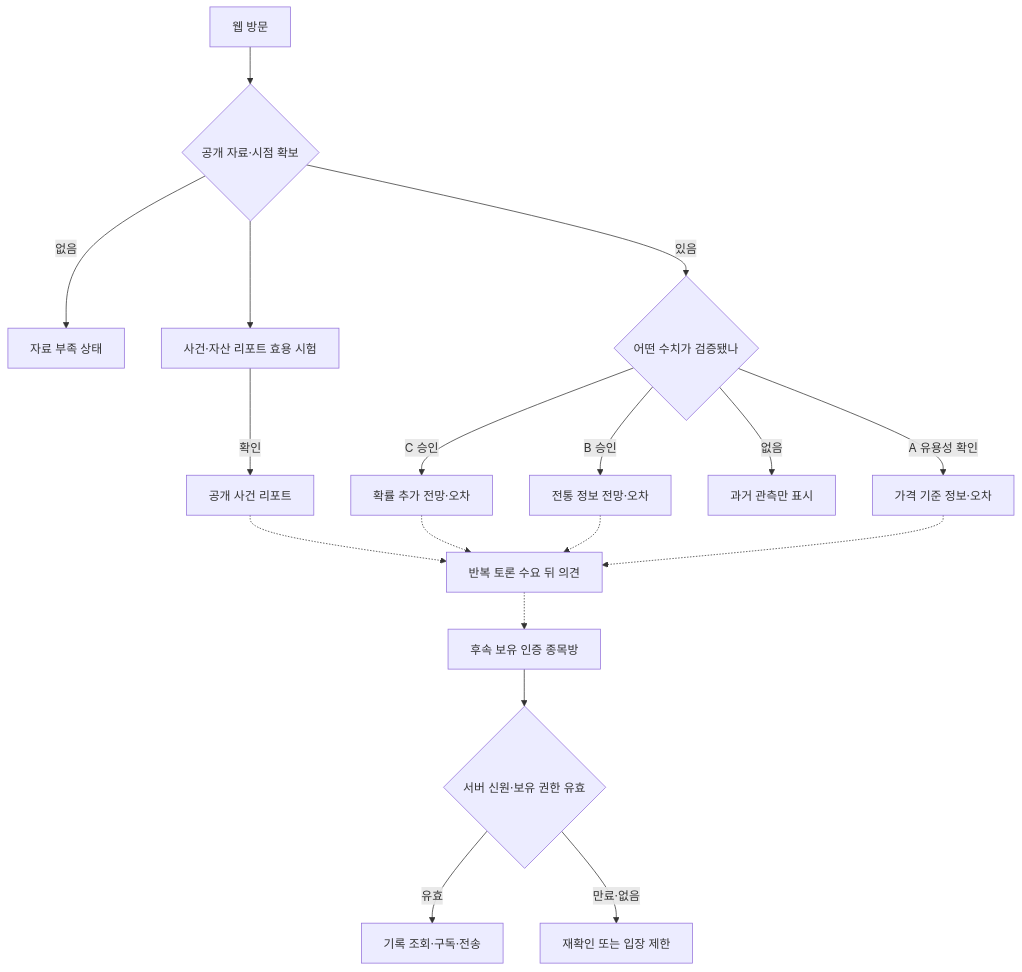
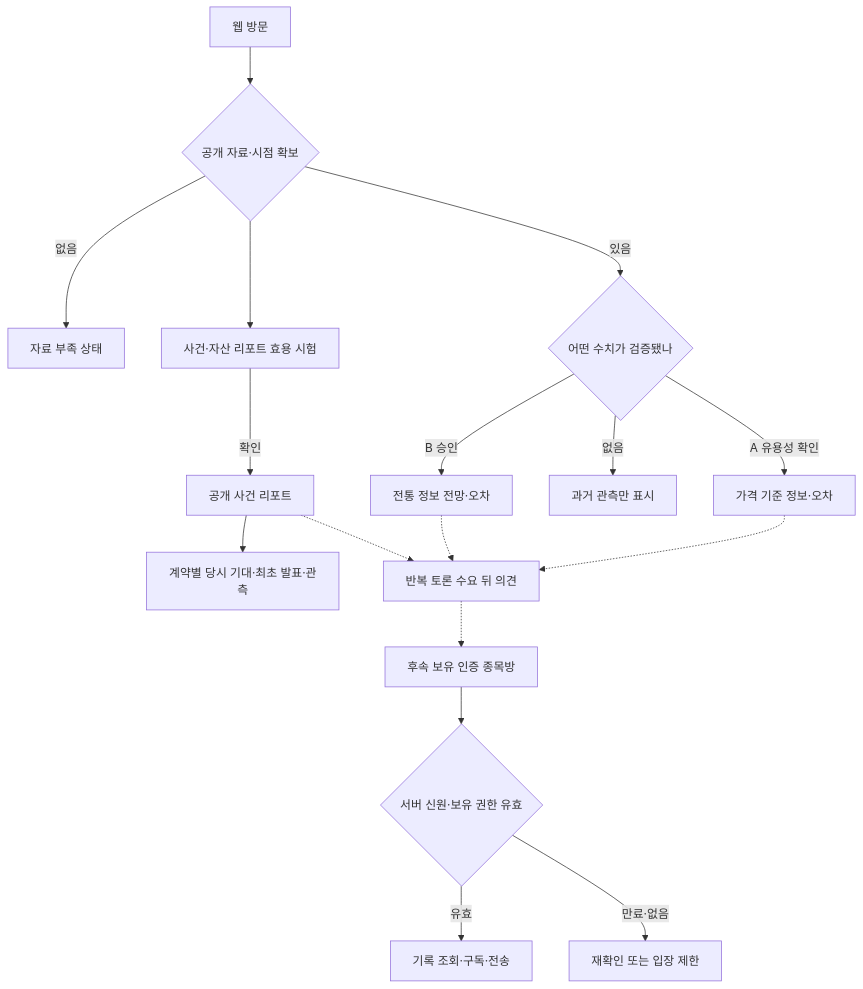
Before and after one commit to AnDev77/ShockGarph_AI: the second of 2 diagrams in docs/project-flow.md, drawn with Mermaid. The commit also changed other lines of this file and 10 other files, not shown here.

````diff
--- a/docs/project-flow.md
+++ b/docs/project-flow.md
@@ -56,20 +61,19 @@
 ```mermaid
 flowchart TB
     U["웹 방문"] --> G{"공개 자료·시점 확보"}
     G -->|없음| Z["자료 부족 상태"]
     G -->|있음| Q{"어떤 수치가 검증됐나"}
-    Q -->|"C 승인"| C["확률 추가 전망·오차"]
     Q -->|"B 승인"| B["전통 정보 전망·오차"]
     Q -->|"A 유용성 확인"| A["가격 기준 정보·오차"]
     Q -->|"없음"| X["과거 관측만 표시"]
     G --> H["사건·자산 리포트 효용 시험"]
     H -->|확인| L["공개 사건 리포트"]
+    L --> K["계약별 당시 기대·최초 발표·관측"]
     L -.-> D["반복 토론 수요 뒤 의견"]
-    C -.-> D
     B -.-> D
     A -.-> D
     D -.-> W["후속 보유 인증 종목방"]
     W --> V{"서버 신원·보유 권한 유효"}
     V -->|유효| R["기록 조회·구독·전송"]
     V -->|만료·없음| F["재확인 또는 입장 제한"]
 ```
````
